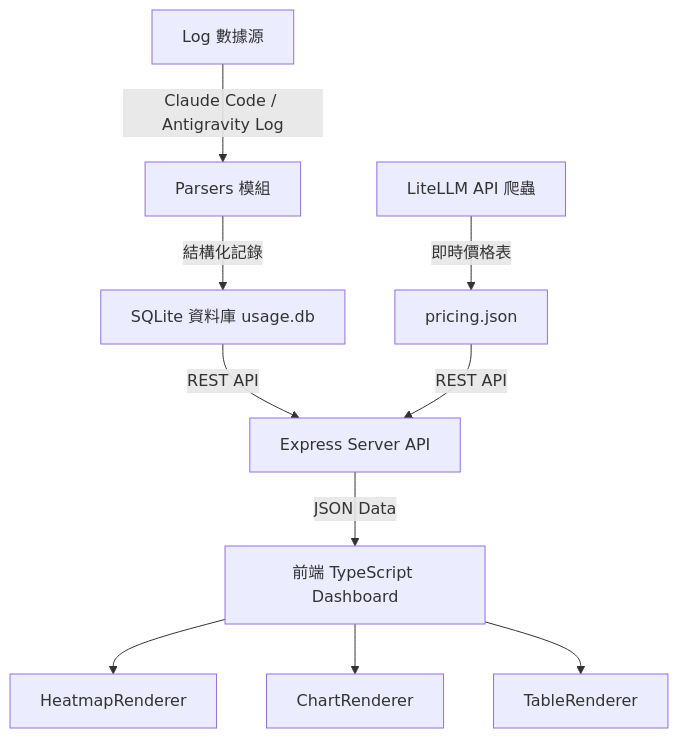
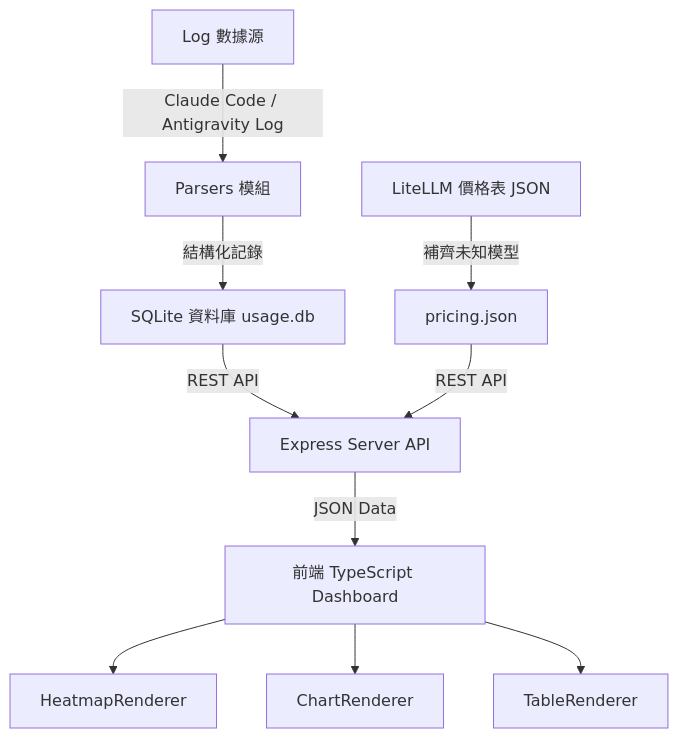
Before and after one commit to NimMish95/Vibe-Coding-Usage: the diagram in ARCHITECTURE.md, drawn with Mermaid. The commit also changed other lines of this file and 11 other files, not shown here.

````diff
--- a/ARCHITECTURE.md
+++ b/ARCHITECTURE.md
@@ -9,11 +9,11 @@
 ```mermaid
 graph TD
     A[Log 數據源] -->|Claude Code / Antigravity Log| B[Parsers 模組]
     B -->|結構化記錄| C[SQLite 資料庫 usage.db]
-    D[LiteLLM API 爬蟲] -->|即時價格表| E[pricing.json]
+    D[LiteLLM 價格表 JSON] -->|補齊未知模型| E[pricing.json]
     C & E -->|REST API| F[Express Server API]
     F -->|JSON Data| G[前端 TypeScript Dashboard]
     G --> H[HeatmapRenderer]
     G --> I[ChartRenderer]
     G --> J[TableRenderer]
 ```
````
